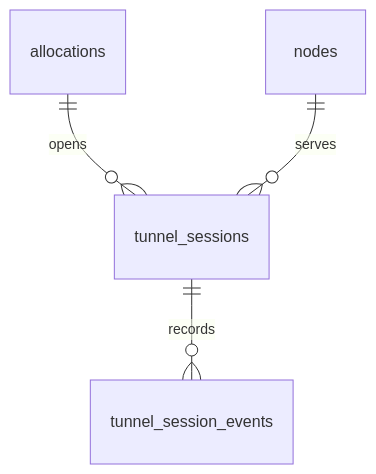
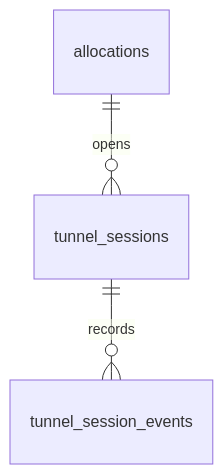
Before and after one commit to cofy-x/axern: the fourth of 4 diagrams in control/controld/docs/postgres-schema-design.md, drawn with Mermaid. The commit also changed other lines of this file and 166 other files, not shown here.

````diff
--- a/control/controld/docs/postgres-schema-design.md
+++ b/control/controld/docs/postgres-schema-design.md
@@ -114,6 +114,5 @@
 ```mermaid
 erDiagram
   allocations ||--o{ tunnel_sessions : opens
-  nodes ||--o{ tunnel_sessions : serves
   tunnel_sessions ||--o{ tunnel_session_events : records
 ```
````
